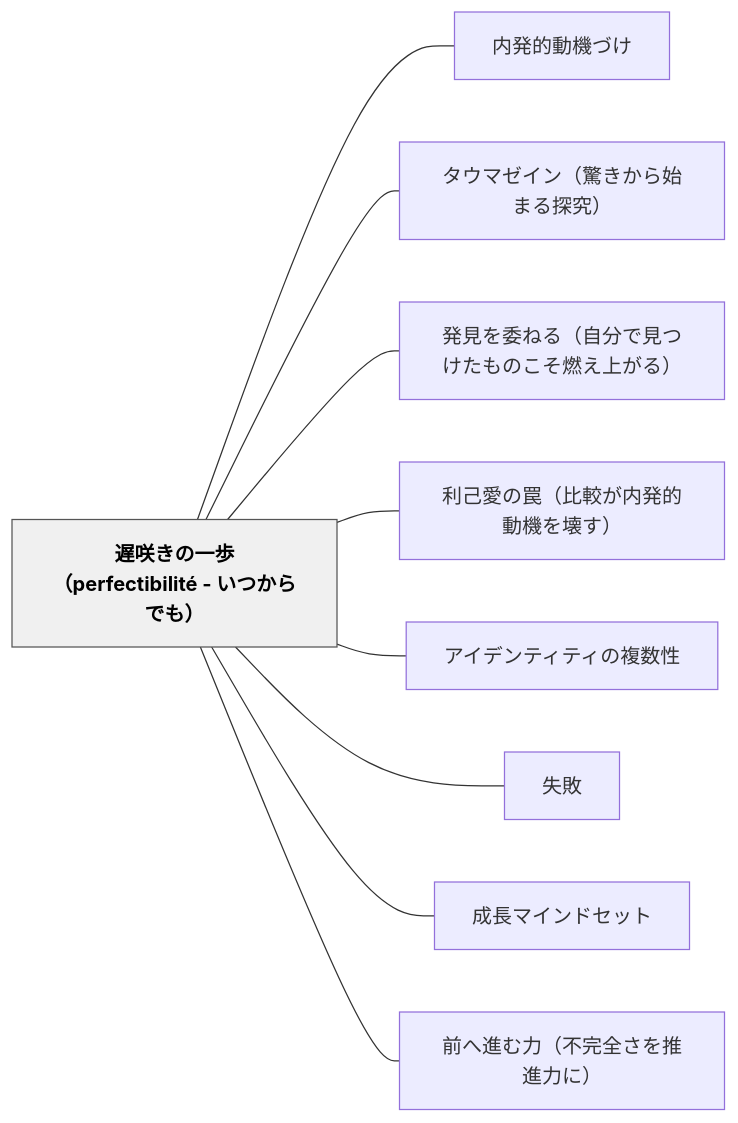
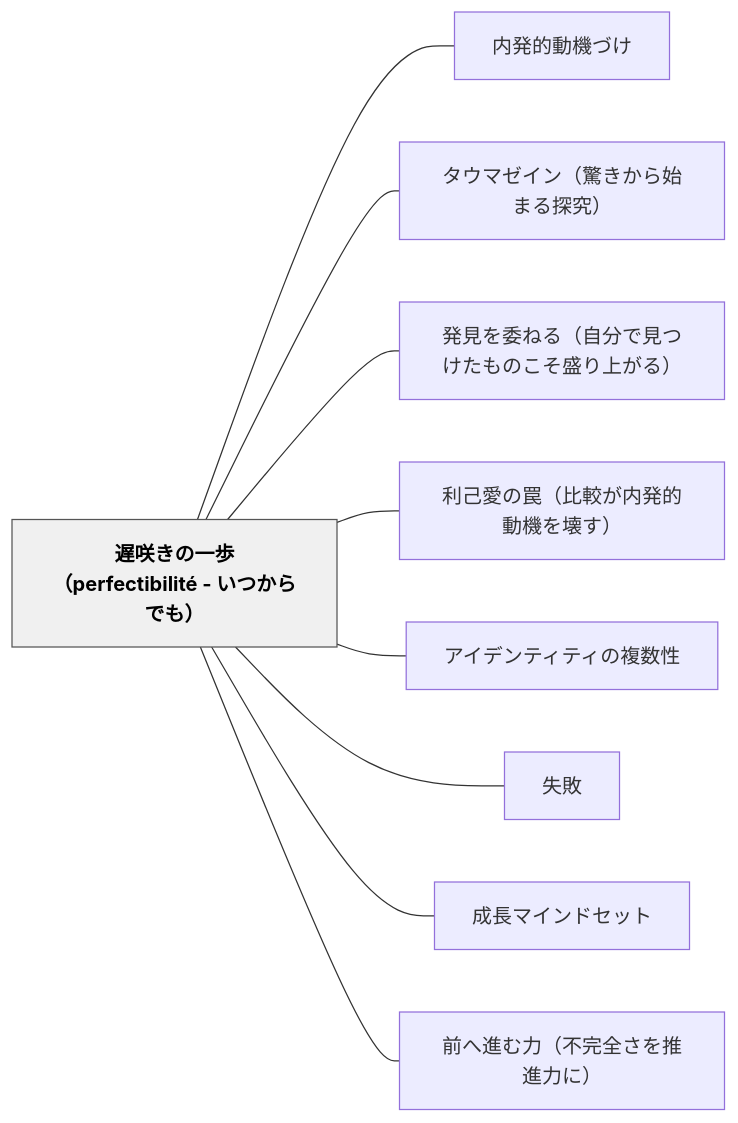
One commit to unknownthings-ed-patterns/unknownthings-ed-patterns changed the diagram in content/パタン/遅咲きの一歩（perfectibilité - いつからでも）.md. Above: the diagram before and after it, drawn with Mermaid. The commit also changed other lines of this file and 36 other files, not shown here.

````diff
--- a/content/パタン/遅咲きの一歩（perfectibilité - いつからでも）.md
+++ b/content/パタン/遅咲きの一歩（perfectibilité - いつからでも）.md
@@ -155,24 +155,24 @@
 ```mermaid
 flowchart LR
     ne98185e592b2e3818de381aee4b880e6ada9efbc88706572666563746962696c6974c3a9202d20e38184e381a4e3818be38289e381a7e38282efbc89["遅咲きの一歩（perfectibilité - いつからでも）"]
     ne58685e799bae79a84e58b95e6a99fe381a5e38191["内発的動機づけ"]
     ne382bfe382a6e3839ee382bce382a4e383b3efbc88e9a99ae3818de3818be38289e5a78be381bee3828be68ea2e7a9b6efbc89["タウマゼイン（驚きから始まる探究）"]
-    ne799bae8a68be38292e5a794e381ade3828befbc88e887aae58886e381a7e8a68be381a4e38191e3819fe38282e381aee38193e3819de78783e38188e4b88ae3818ce3828befbc89["発見を委ねる（自分で見つけたものこそ燃え上がる）"]
+    ne799bae8a68be38292e5a794e381ade3828befbc88e887aae58886e381a7e8a68be381a4e38191e3819fe38282e381aee38193e3819de79b9be3828ae4b88ae3818ce3828befbc89["発見を委ねる（自分で見つけたものこそ盛り上がる）"]
     ne588a9e5b7b1e6849be381aee7bda0efbc88e6af94e8bc83e3818ce58685e799bae79a84e58b95e6a99fe38292e5a38ae38199efbc89["利己愛の罠（比較が内発的動機を壊す）"]
     ne382a2e382a4e38387e383b3e38386e382a3e38386e382a3e381aee8a487e695b0e680a7["アイデンティティの複数性"]
     ne5a4b1e69597["失敗"]
     ne68890e995b7e3839ee382a4e383b3e38389e382bbe38383e38388["成長マインドセット"]
     ne5898de381b8e980b2e38280e58a9befbc88e4b88de5ae8ce585a8e38195e38292e68ea8e980b2e58a9be381abefbc89["前へ進む力（不完全さを推進力に）"]
 
     ne98185e592b2e3818de381aee4b880e6ada9efbc88706572666563746962696c6974c3a9202d20e38184e381a4e3818be38289e381a7e38282efbc89 --- ne58685e799bae79a84e58b95e6a99fe381a5e38191
     ne98185e592b2e3818de381aee4b880e6ada9efbc88706572666563746962696c6974c3a9202d20e38184e381a4e3818be38289e381a7e38282efbc89 --- ne382bfe382a6e3839ee382bce382a4e383b3efbc88e9a99ae3818de3818be38289e5a78be381bee3828be68ea2e7a9b6efbc89
-    ne98185e592b2e3818de381aee4b880e6ada9efbc88706572666563746962696c6974c3a9202d20e38184e381a4e3818be38289e381a7e38282efbc89 --- ne799bae8a68be38292e5a794e381ade3828befbc88e887aae58886e381a7e8a68be381a4e38191e3819fe38282e381aee38193e3819de78783e38188e4b88ae3818ce3828befbc89
+    ne98185e592b2e3818de381aee4b880e6ada9efbc88706572666563746962696c6974c3a9202d20e38184e381a4e3818be38289e381a7e38282efbc89 --- ne799bae8a68be38292e5a794e381ade3828befbc88e887aae58886e381a7e8a68be381a4e38191e3819fe38282e381aee38193e3819de79b9be3828ae4b88ae3818ce3828befbc89
     ne98185e592b2e3818de381aee4b880e6ada9efbc88706572666563746962696c6974c3a9202d20e38184e381a4e3818be38289e381a7e38282efbc89 --- ne588a9e5b7b1e6849be381aee7bda0efbc88e6af94e8bc83e3818ce58685e799bae79a84e58b95e6a99fe38292e5a38ae38199efbc89
     ne98185e592b2e3818de381aee4b880e6ada9efbc88706572666563746962696c6974c3a9202d20e38184e381a4e3818be38289e381a7e38282efbc89 --- ne382a2e382a4e38387e383b3e38386e382a3e38386e382a3e381aee8a487e695b0e680a7
     ne98185e592b2e3818de381aee4b880e6ada9efbc88706572666563746962696c6974c3a9202d20e38184e381a4e3818be38289e381a7e38282efbc89 --- ne5a4b1e69597
     ne98185e592b2e3818de381aee4b880e6ada9efbc88706572666563746962696c6974c3a9202d20e38184e381a4e3818be38289e381a7e38282efbc89 --- ne68890e995b7e3839ee382a4e383b3e38389e382bbe38383e38388
     ne98185e592b2e3818de381aee4b880e6ada9efbc88706572666563746962696c6974c3a9202d20e38184e381a4e3818be38289e381a7e38282efbc89 --- ne5898de381b8e980b2e38280e58a9befbc88e4b88de5ae8ce585a8e38195e38292e68ea8e980b2e58a9be381abefbc89
 
     classDef hub fill:#f0f0f0,stroke:#555,color:#000,font-weight:bold
     class ne98185e592b2e3818de381aee4b880e6ada9efbc88706572666563746962696c6974c3a9202d20e38184e381a4e3818be38289e381a7e38282efbc89 hub
 ```
````
